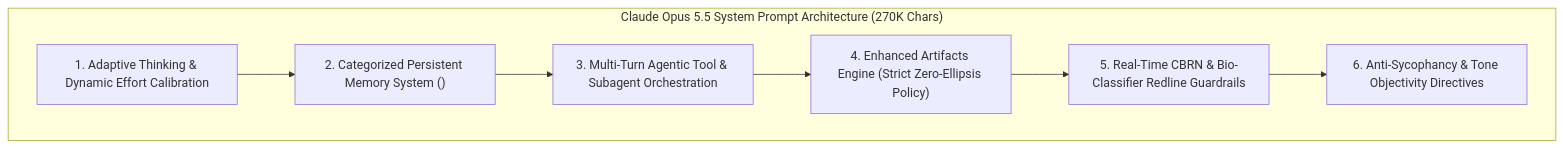
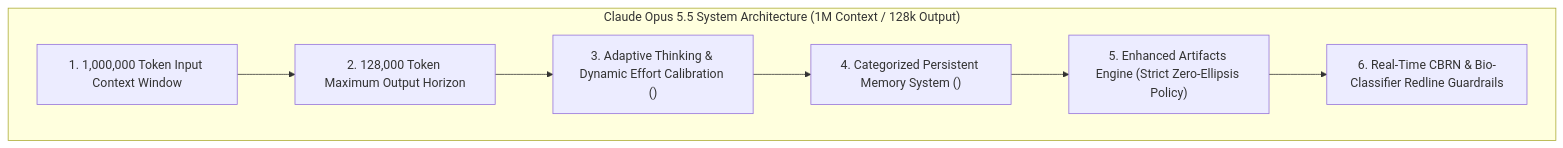
The diagram in obsidian_vault/raw_research/snippets/claude_opus_5_5_system_prompt_pliny.md (hammadshakeelai/prompt-engineering-mastery), drawn with Mermaid before and after one commit. The commit also changed other lines of this file, not shown here.

Commit message:
docs(frontier): update Claude Opus 5.5 specs (1M token context, 128k max output)

````diff
--- a/obsidian_vault/raw_research/snippets/claude_opus_5_5_system_prompt_pliny.md
+++ b/obsidian_vault/raw_research/snippets/claude_opus_5_5_system_prompt_pliny.md
@@ -6,12 +11,12 @@
 ```mermaid
 flowchart TD
-    subgraph Opus55Architecture["Claude Opus 5.5 System Prompt Architecture (270K Chars)"]
-        Adaptive["1. Adaptive Thinking & Dynamic Effort Calibration"]
-        Memory["2. Categorized Persistent Memory System (<claude_memory>)"]
-        Agentic["3. Multi-Turn Agentic Tool & Subagent Orchestration"]
-        Artifacts["4. Enhanced Artifacts Engine (Strict Zero-Ellipsis Policy)"]
-        Classifiers["5. Real-Time CBRN & Bio-Classifier Redline Guardrails"]
-        Persona["6. Anti-Sycophancy & Tone Objectivity Directives"]
+    subgraph Opus55Architecture["Claude Opus 5.5 System Architecture (1M Context / 128k Output)"]
+        Context["1. 1,000,000 Token Input Context Window"]
+        OutputCap["2. 128,000 Token Maximum Output Horizon"]
+        Adaptive["3. Adaptive Thinking & Dynamic Effort Calibration (<thinking>)"]
+        Memory["4. Categorized Persistent Memory System (<claude_memory>)"]
+        Artifacts["5. Enhanced Artifacts Engine (Strict Zero-Ellipsis Policy)"]
+        Classifiers["6. Real-Time CBRN & Bio-Classifier Redline Guardrails"]
     end
-    Adaptive --> Memory --> Agentic --> Artifacts --> Classifiers --> Persona
+    Context --> OutputCap --> Adaptive --> Memory --> Artifacts --> Classifiers
 ```
````
